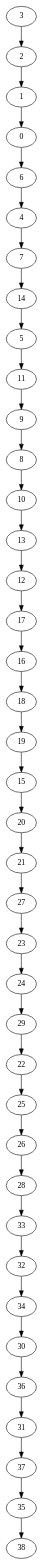
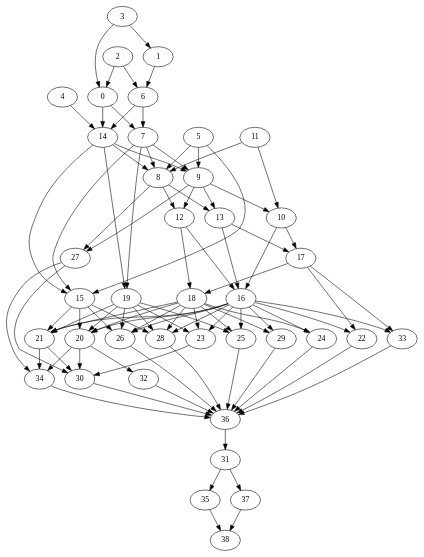
One commit to MrGreyPanda/NEM-MCMC-optimization changed the diagram in output/infer_red.dot. Above: the diagram before and after it, drawn with Graphviz. The commit also changed 43 other files, not shown here.

```diff
--- a/output/infer_red.dot
+++ b/output/infer_red.dot
@@ -1,40 +1,92 @@
 digraph {
-    0 -> 6;
-    1 -> 0;
-    2 -> 1;
-    3 -> 2;
-    4 -> 7;
-    5 -> 11;
-    6 -> 4;
-    7 -> 14;
-    8 -> 10;
-    9 -> 8;
-    10 -> 13;
-    11 -> 9;
-    12 -> 17;
-    13 -> 12;
-    14 -> 5;
+    0 -> 7;
+    0 -> 14;
+    1 -> 6;
+    2 -> 0;
+    2 -> 6;
+    3 -> 0;
+    3 -> 1;
+    4 -> 14;
+    5 -> 8;
+    5 -> 9;
+    5 -> 15;
+    6 -> 7;
+    6 -> 14;
+    7 -> 8;
+    7 -> 9;
+    7 -> 15;
+    7 -> 19;
+    8 -> 12;
+    8 -> 13;
+    8 -> 27;
+    9 -> 10;
+    9 -> 12;
+    9 -> 13;
+    9 -> 27;
+    10 -> 16;
+    10 -> 17;
+    11 -> 8;
+    11 -> 10;
+    12 -> 16;
+    12 -> 18;
+    13 -> 16;
+    13 -> 17;
+    14 -> 8;
+    14 -> 9;
+    14 -> 15;
+    14 -> 19;
     15 -> 20;
-    16 -> 18;
-    17 -> 16;
-    18 -> 19;
-    19 -> 15;
-    20 -> 21;
-    21 -> 27;
-    22 -> 25;
-    23 -> 24;
-    24 -> 29;
-    25 -> 26;
-    26 -> 28;
-    27 -> 23;
-    28 -> 33;
-    29 -> 22;
+    15 -> 21;
+    15 -> 26;
+    15 -> 28;
+    16 -> 20;
+    16 -> 21;
+    16 -> 22;
+    16 -> 23;
+    16 -> 24;
+    16 -> 25;
+    16 -> 26;
+    16 -> 28;
+    16 -> 29;
+    16 -> 33;
+    17 -> 18;
+    17 -> 22;
+    17 -> 33;
+    18 -> 20;
+    18 -> 21;
+    18 -> 23;
+    18 -> 24;
+    18 -> 25;
+    18 -> 26;
+    18 -> 28;
+    18 -> 29;
+    19 -> 20;
+    19 -> 21;
+    19 -> 23;
+    19 -> 25;
+    19 -> 26;
+    19 -> 28;
+    20 -> 30;
+    20 -> 32;
+    20 -> 34;
+    21 -> 30;
+    21 -> 34;
+    22 -> 36;
+    23 -> 30;
+    24 -> 36;
+    25 -> 36;
+    26 -> 36;
+    27 -> 30;
+    27 -> 34;
+    28 -> 36;
+    29 -> 36;
     30 -> 36;
+    31 -> 35;
     31 -> 37;
-    32 -> 34;
-    33 -> 32;
-    34 -> 30;
+    32 -> 36;
+    33 -> 36;
+    34 -> 36;
     35 -> 38;
     36 -> 31;
-    37 -> 35;
+    37 -> 38;
 }
```
